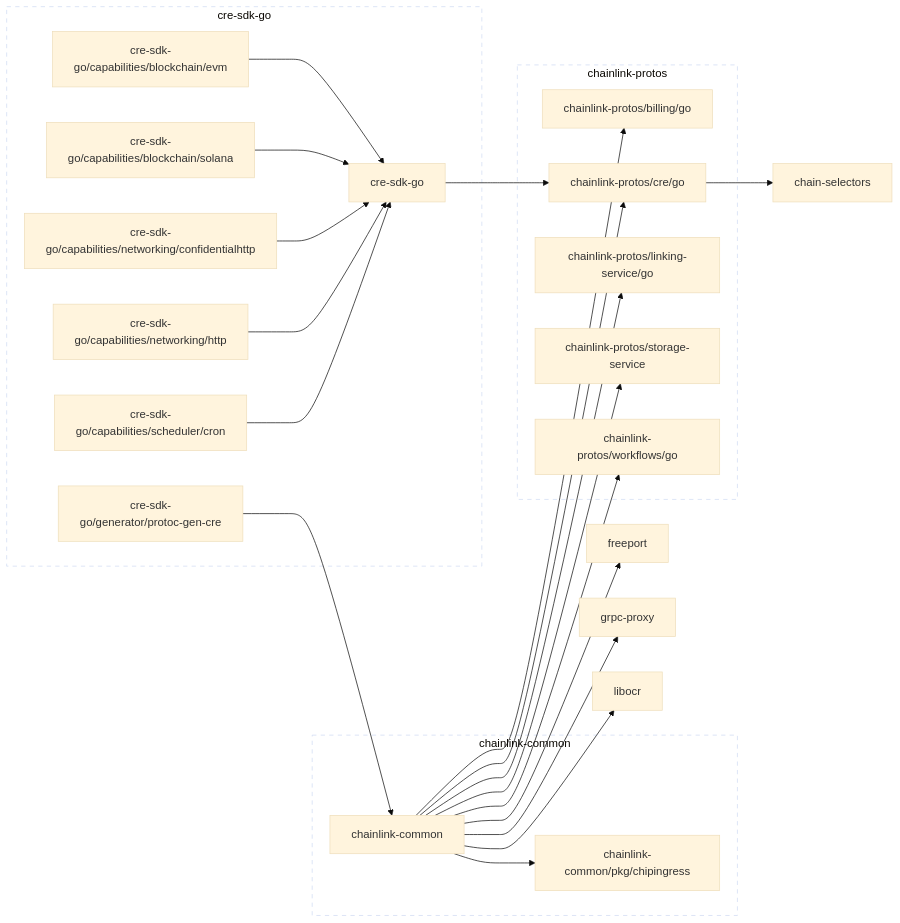
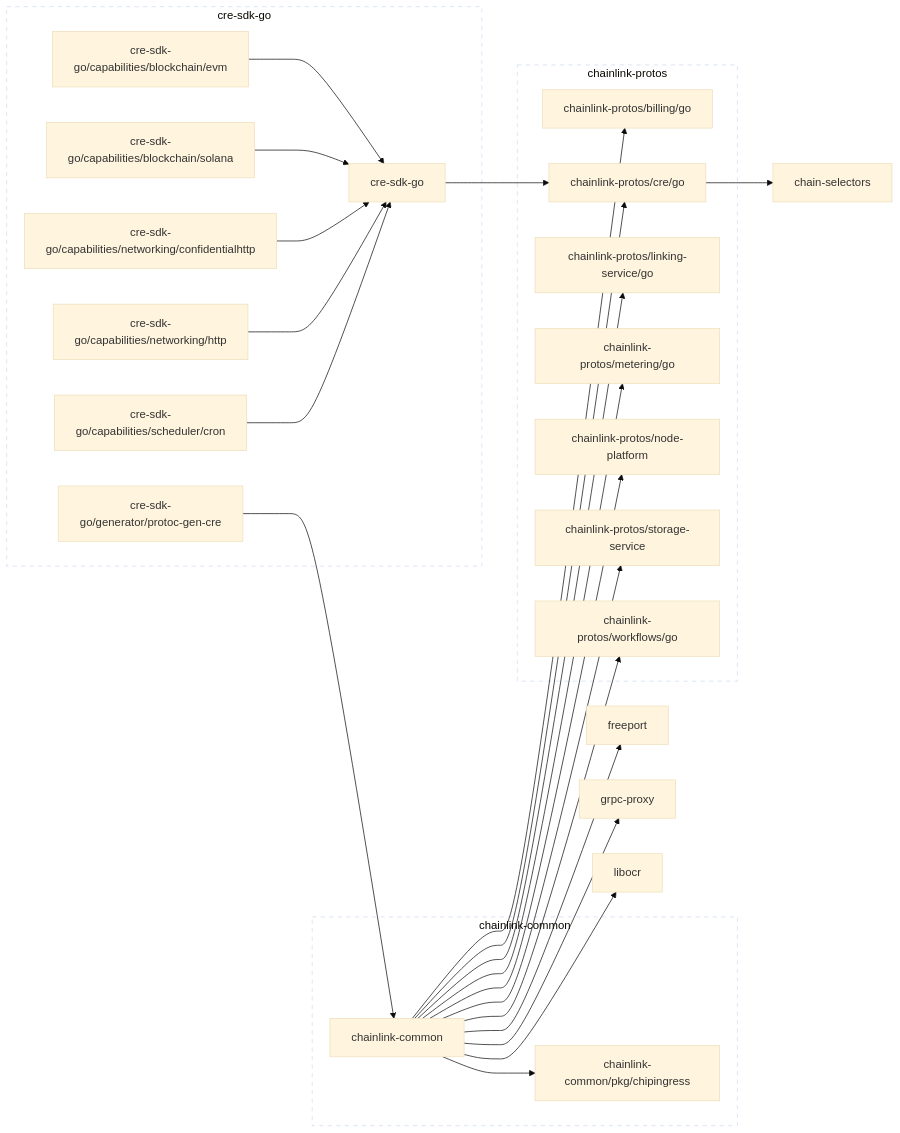
The diagram in go.md (smartcontractkit/cre-sdk-go), drawn with Mermaid (base theme) before and after one commit. The commit also changed 26 other files, not shown here.

```diff
--- a/go.md
+++ b/go.md
@@ -8,6 +8,8 @@
 	chainlink-common --> chainlink-protos/billing/go
 	chainlink-common --> chainlink-protos/cre/go
 	chainlink-common --> chainlink-protos/linking-service/go
+	chainlink-common --> chainlink-protos/metering/go
+	chainlink-common --> chainlink-protos/node-platform
 	chainlink-common --> chainlink-protos/storage-service
 	chainlink-common --> chainlink-protos/workflows/go
 	chainlink-common --> freeport
@@ -22,6 +24,10 @@
 	click chainlink-protos/cre/go href "https://github.com/smartcontractkit/chainlink-protos"
 	chainlink-protos/linking-service/go
 	click chainlink-protos/linking-service/go href "https://github.com/smartcontractkit/chainlink-protos"
+	chainlink-protos/metering/go
+	click chainlink-protos/metering/go href "https://github.com/smartcontractkit/chainlink-protos"
+	chainlink-protos/node-platform
+	click chainlink-protos/node-platform href "https://github.com/smartcontractkit/chainlink-protos"
 	chainlink-protos/storage-service
 	click chainlink-protos/storage-service href "https://github.com/smartcontractkit/chainlink-protos"
 	chainlink-protos/workflows/go
@@ -57,6 +63,8 @@
 		 chainlink-protos/billing/go
 		 chainlink-protos/cre/go
 		 chainlink-protos/linking-service/go
+		 chainlink-protos/metering/go
+		 chainlink-protos/node-platform
 		 chainlink-protos/storage-service
 		 chainlink-protos/workflows/go
 	end
```
